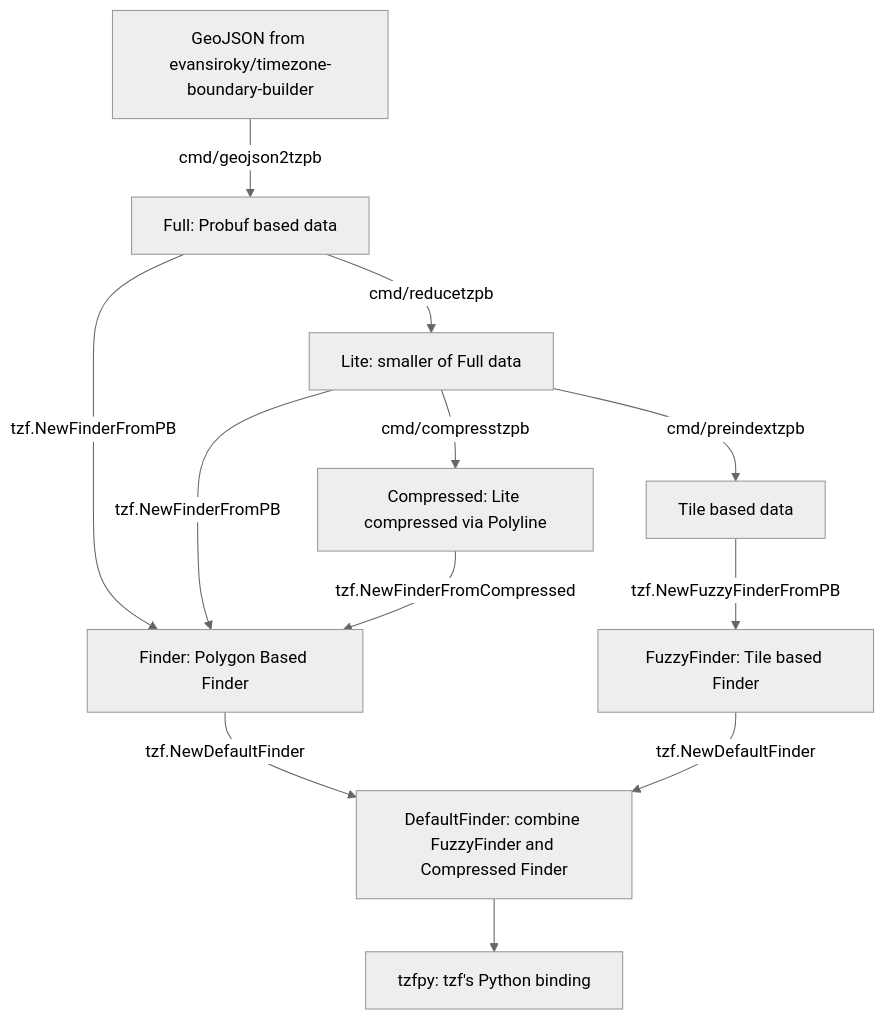
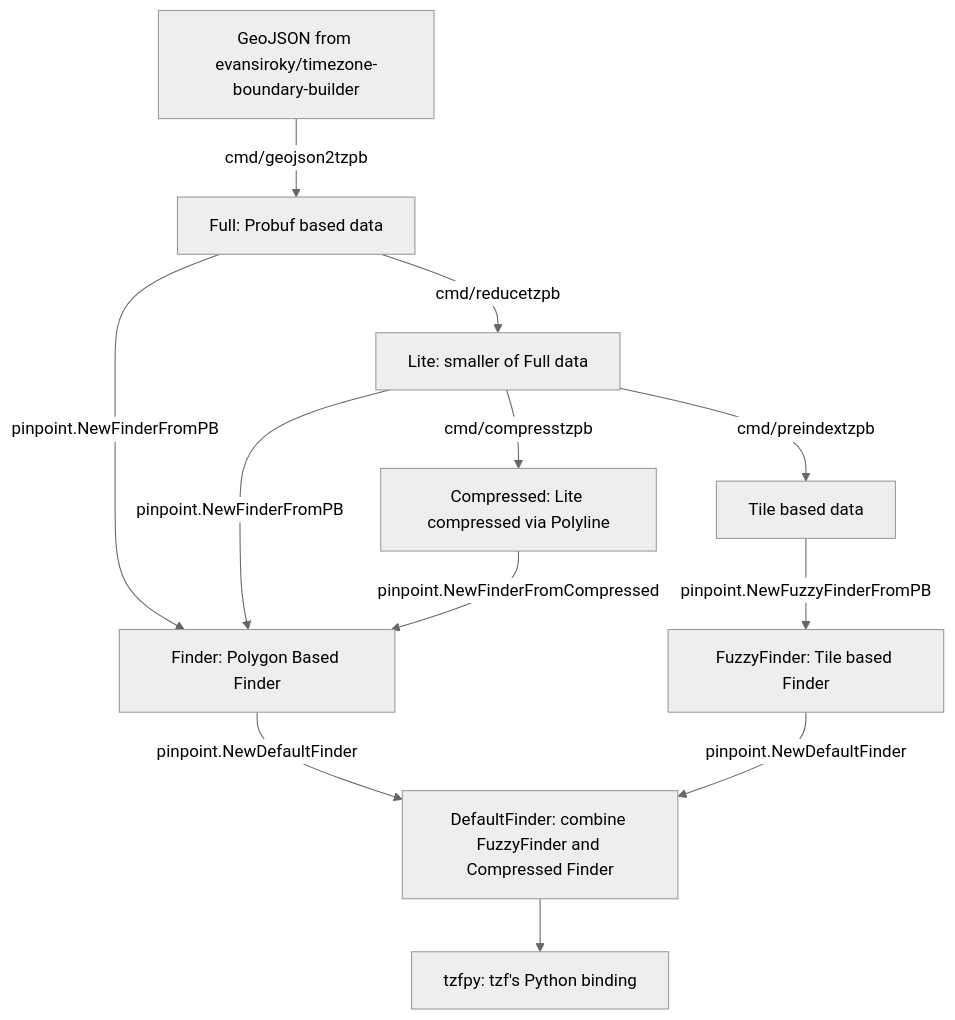
Before and after one commit to deslittle/pinpoint: the diagram in README.md, drawn with Mermaid (neutral theme). The commit also changed other lines of this file and 26 other files, not shown here.

Commit message:
Rename `tzf` imports to `pinpoint`.

````diff
--- a/README.md
+++ b/README.md
@@ -82,26 +75,26 @@
 ```mermaid
 graph TD
     Raw[GeoJSON from evansiroky/timezone-boundary-builder]
     Full[Full: Probuf based data]
     Lite[Lite: smaller of Full data]
     Compressed[Compressed: Lite compressed via Polyline]
     Preindex[Tile based data]
 
     Finder[Finder: Polygon Based Finder]
     FuzzyFinder[FuzzyFinder: Tile based Finder]
     DefaultFinder[DefaultFinder: combine FuzzyFinder and Compressed Finder]
 
     tzfpy[tzfpy: tzf's Python binding]
 
     Raw --> |cmd/geojson2tzpb|Full
     Full --> |cmd/reducetzpb|Lite
     Lite --> |cmd/compresstzpb|Compressed
     Lite --> |cmd/preindextzpb|Preindex
 
-    Full --> |tzf.NewFinderFromPB|Finder
-    Lite --> |tzf.NewFinderFromPB|Finder
-    Compressed --> |tzf.NewFinderFromCompressed|Finder --> |tzf.NewDefaultFinder|DefaultFinder
-    Preindex --> |tzf.NewFuzzyFinderFromPB|FuzzyFinder --> |tzf.NewDefaultFinder|DefaultFinder
+    Full --> |pinpoint.NewFinderFromPB|Finder
+    Lite --> |pinpoint.NewFinderFromPB|Finder
+    Compressed --> |pinpoint.NewFinderFromCompressed|Finder --> |pinpoint.NewDefaultFinder|DefaultFinder
+    Preindex --> |pinpoint.NewFuzzyFinderFromPB|FuzzyFinder --> |pinpoint.NewDefaultFinder|DefaultFinder
 
     DefaultFinder --> tzfpy
 ```
````
